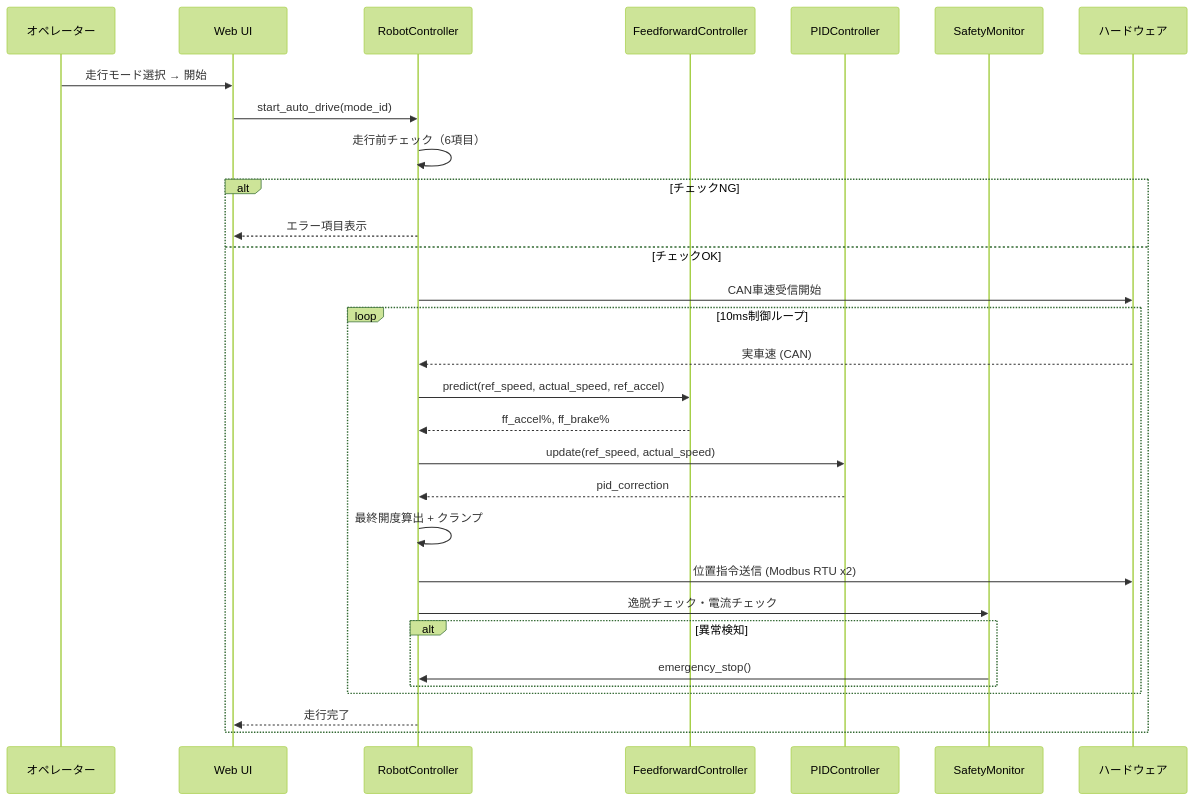
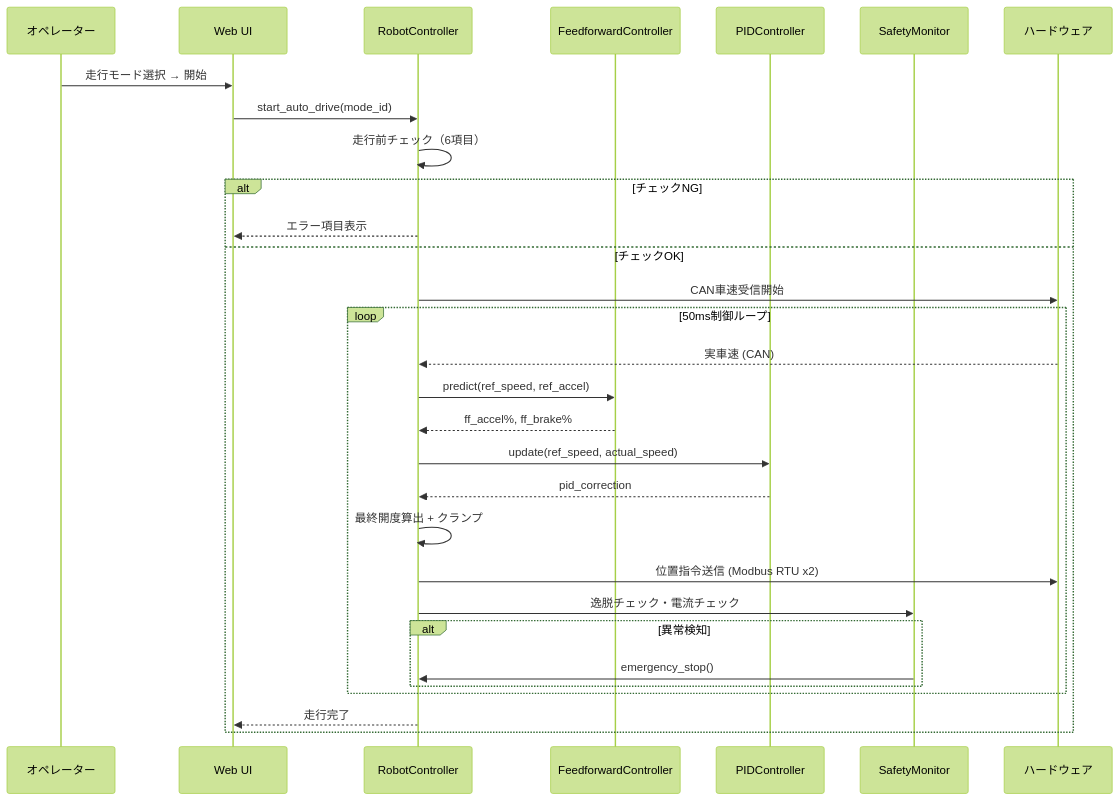
Before and after one commit to sskkusk1219/driving_robot: the sixth of 10 diagrams in docs/functional-design.md, drawn with Mermaid (forest theme). The commit also changed other lines of this file and 9 other files, not shown here.

````diff
--- a/docs/functional-design.md
+++ b/docs/functional-design.md
@@ -640,33 +642,33 @@
 ```mermaid
 sequenceDiagram
     participant Op as オペレーター
     participant UI as Web UI
     participant RC as RobotController
     participant FF as FeedforwardController
     participant PID as PIDController
     participant SM as SafetyMonitor
     participant HW as ハードウェア
 
     Op->>UI: 走行モード選択 → 開始
     UI->>RC: start_auto_drive(mode_id)
     RC->>RC: 走行前チェック（6項目）
     alt チェックNG
         RC-->>UI: エラー項目表示
     else チェックOK
         RC->>HW: CAN車速受信開始
-        loop 10ms制御ループ
+        loop 50ms制御ループ
             HW-->>RC: 実車速 (CAN)
-            RC->>FF: predict(ref_speed, actual_speed, ref_accel)
+            RC->>FF: predict(ref_speed, ref_accel)
             FF-->>RC: ff_accel%, ff_brake%
             RC->>PID: update(ref_speed, actual_speed)
             PID-->>RC: pid_correction
             RC->>RC: 最終開度算出 + クランプ
             RC->>HW: 位置指令送信 (Modbus RTU x2)
             RC->>SM: 逸脱チェック・電流チェック
             alt 異常検知
                 SM->>RC: emergency_stop()
             end
         end
         RC-->>UI: 走行完了
     end
 ```
````
